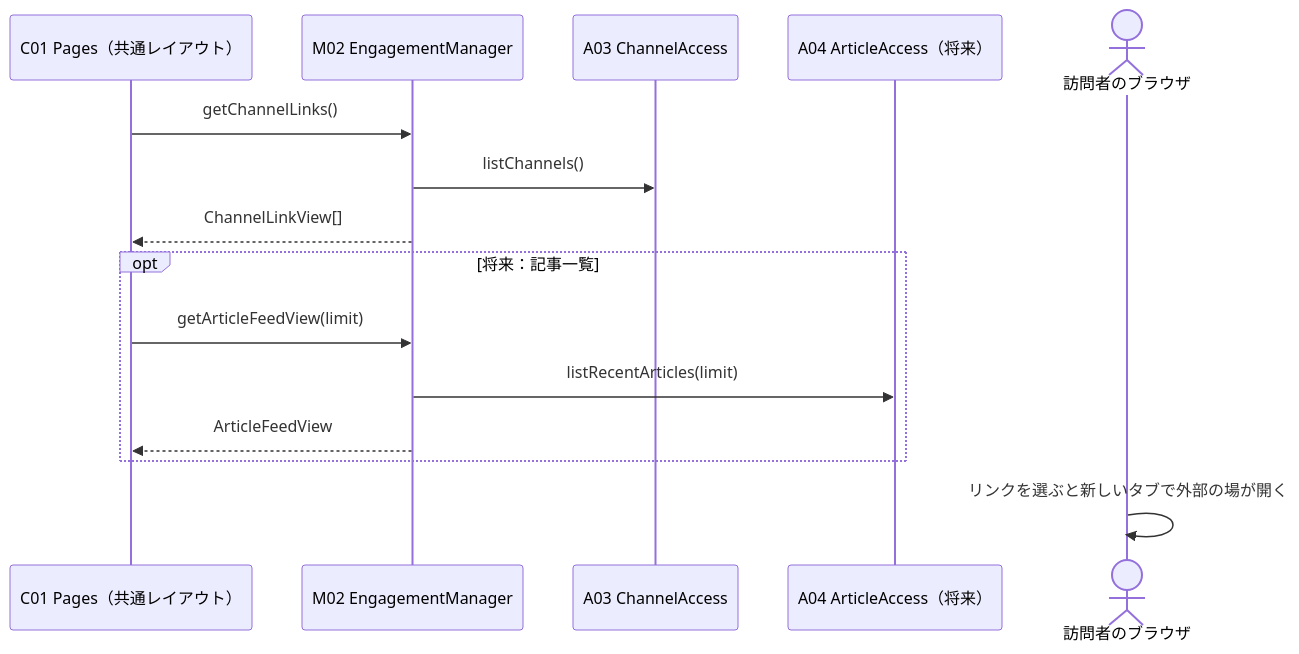
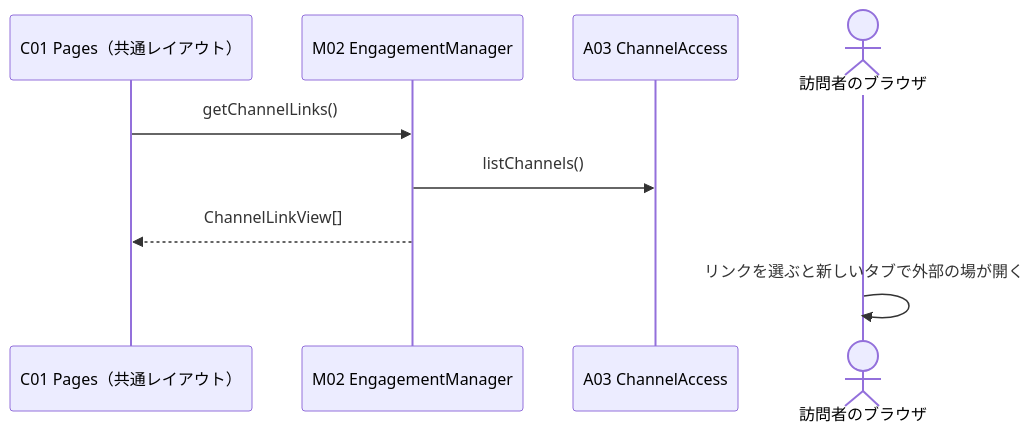
The fifth of 7 diagrams in docs/02_basic_internal.md (fukugyononuko/fukugyononuko.github.io), drawn with Mermaid before and after one commit. The commit also changed other lines of this file and 6 other files, not shown here.

````diff
--- a/docs/02_basic_internal.md
+++ b/docs/02_basic_internal.md
@@ -219,17 +228,11 @@
 ```mermaid
 sequenceDiagram
   participant P as C01 Pages（共通レイアウト）
   participant EM as M02 EngagementManager
   participant CH as A03 ChannelAccess
-  participant AA as A04 ArticleAccess（将来）
   actor V as 訪問者のブラウザ
   P->>EM: getChannelLinks()
   EM->>CH: listChannels()
   EM-->>P: ChannelLinkView[]
-  opt 将来：記事一覧
-    P->>EM: getArticleFeedView(limit)
-    EM->>AA: listRecentArticles(limit)
-    EM-->>P: ArticleFeedView
-  end
   V->>V: リンクを選ぶと新しいタブで外部の場が開く
 ```
````
